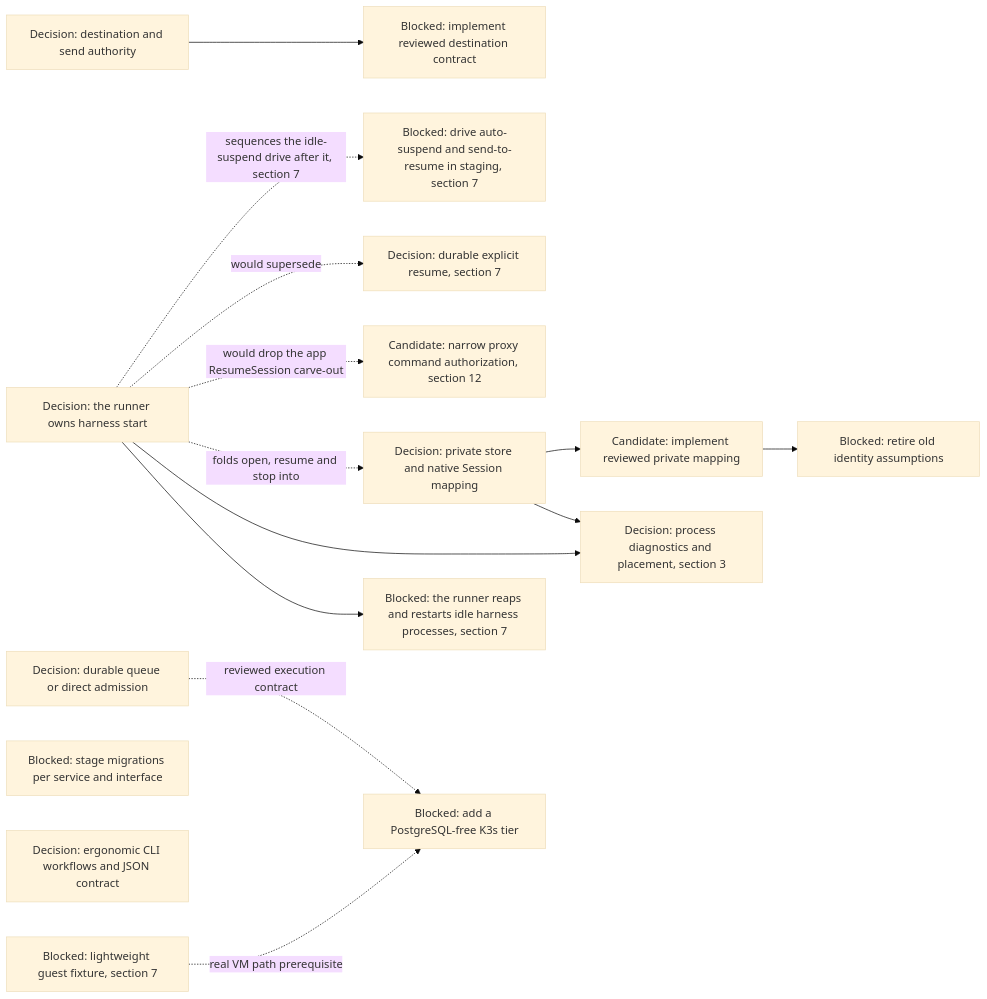
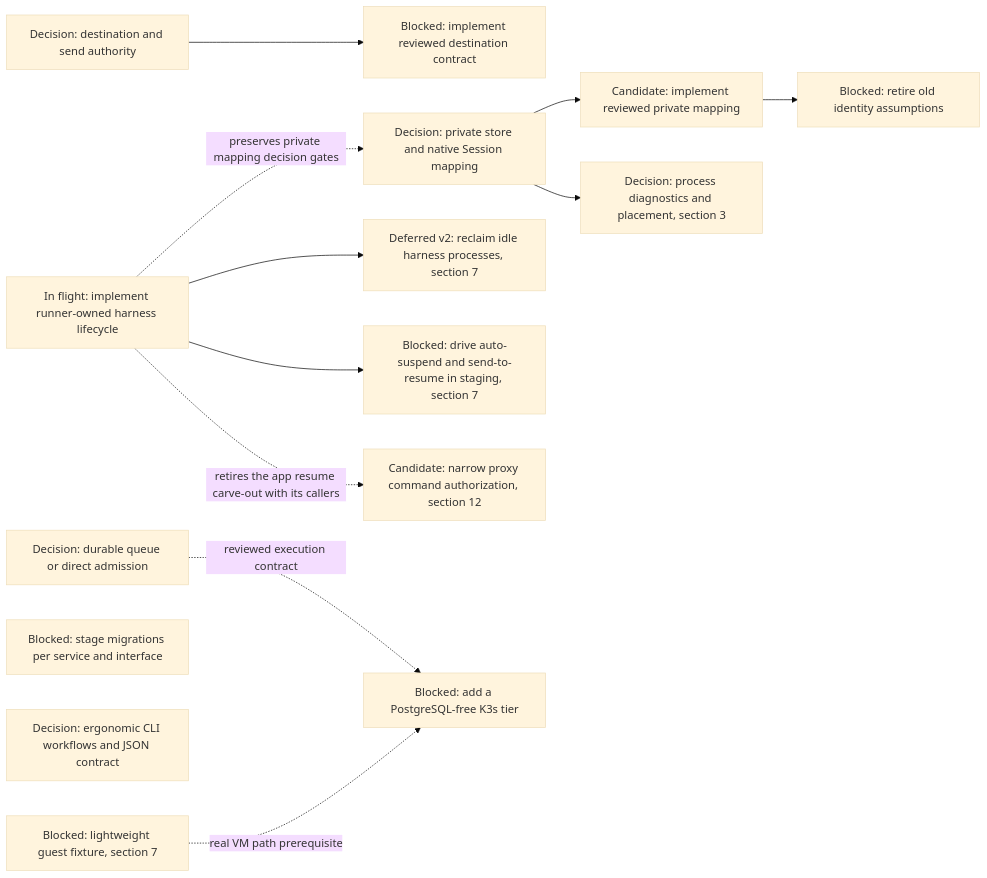
Diagram 16 of 16 in agentplane/plans/task_dag.md (agentydragon-agent/ducktape), drawn with Mermaid (base theme) before and after one commit. The commit also changed other lines of this file and 86 other files, not shown here.

First line of the commit message:
Make the runner own harness startup and reconciliation (#10950)

````diff
--- a/agentplane/plans/task_dag.md
+++ b/agentplane/plans/task_dag.md
@@ -1724,31 +1719,28 @@
 ```mermaid
 flowchart LR
     DISPATCHER_PERSISTENCE_MODEL_DESIGN[Decision: durable queue or direct admission]
     DELIVERY_DESTINATION_AUTHORITY_DESIGN[Decision: destination and send authority]
     DELIVERY_DESTINATION_CONTRACT[Blocked: implement reviewed destination contract]
     HARNESS_IDENTITY_DESIGN[Decision: private store and native Session mapping]
     RUNNER_STORE_SESSION_IDENTITY[Candidate: implement reviewed private mapping]
     RUNNER_IDENTITY_LEGACY_CLEANUP[Blocked: retire old identity assumptions]
-    HARNESS_LIFECYCLE_OWNERSHIP[Decision: the runner owns harness start]
-    RUNNER_IDLE_HARNESS_REAP[Blocked: the runner reaps and restarts idle harness processes, section 7]
+    HARNESS_LIFECYCLE_OWNERSHIP[In flight: implement runner-owned harness lifecycle]
+    RUNNER_IDLE_HARNESS_REAP[Deferred v2: reclaim idle harness processes, section 7]
     IDLE_SUSPEND_UI_DRIVE[Blocked: drive auto-suspend and send-to-resume in staging, section 7]
-    APP_NATIVE_RESUME_CONTRACT[Decision: durable explicit resume, section 7]
     PROXY_START_METHODS_DISPATCHER_ONLY[Candidate: narrow proxy command authorization, section 12]
     RUNNER_HARNESS_OBJECTS_DESIGN[Decision: process diagnostics and placement, section 3]
     SERVICE_API_TRANSPORT_MIGRATIONS[Blocked: stage migrations per service and interface]
     AGENT_API_TOOLING_DESIGN[Decision: ergonomic CLI workflows and JSON contract]
     CNPG_FREE_K3S_INTEGRATION_TIER[Blocked: add a PostgreSQL-free K3s tier]
     K3S_VM_IMAGE[Blocked: lightweight guest fixture, section 7]
     DELIVERY_DESTINATION_AUTHORITY_DESIGN --> DELIVERY_DESTINATION_CONTRACT
     RUNNER_STORE_SESSION_IDENTITY --> RUNNER_IDENTITY_LEGACY_CLEANUP
     HARNESS_IDENTITY_DESIGN --> RUNNER_STORE_SESSION_IDENTITY
     HARNESS_IDENTITY_DESIGN --> RUNNER_HARNESS_OBJECTS_DESIGN
-    HARNESS_LIFECYCLE_OWNERSHIP -. sequences the idle-suspend drive after it, section 7 .-> IDLE_SUSPEND_UI_DRIVE
-    HARNESS_LIFECYCLE_OWNERSHIP -. would supersede .-> APP_NATIVE_RESUME_CONTRACT
-    HARNESS_LIFECYCLE_OWNERSHIP -. would drop the app ResumeSession carve-out .-> PROXY_START_METHODS_DISPATCHER_ONLY
-    HARNESS_LIFECYCLE_OWNERSHIP -. folds open, resume and stop into .-> HARNESS_IDENTITY_DESIGN
-    HARNESS_LIFECYCLE_OWNERSHIP --> RUNNER_HARNESS_OBJECTS_DESIGN
+    HARNESS_LIFECYCLE_OWNERSHIP --> IDLE_SUSPEND_UI_DRIVE
+    HARNESS_LIFECYCLE_OWNERSHIP -. retires the app resume carve-out with its callers .-> PROXY_START_METHODS_DISPATCHER_ONLY
+    HARNESS_LIFECYCLE_OWNERSHIP -. preserves private mapping decision gates .-> HARNESS_IDENTITY_DESIGN
     HARNESS_LIFECYCLE_OWNERSHIP --> RUNNER_IDLE_HARNESS_REAP
     DISPATCHER_PERSISTENCE_MODEL_DESIGN -. reviewed execution contract .-> CNPG_FREE_K3S_INTEGRATION_TIER
     K3S_VM_IMAGE -. real VM path prerequisite .-> CNPG_FREE_K3S_INTEGRATION_TIER
 ```
````
